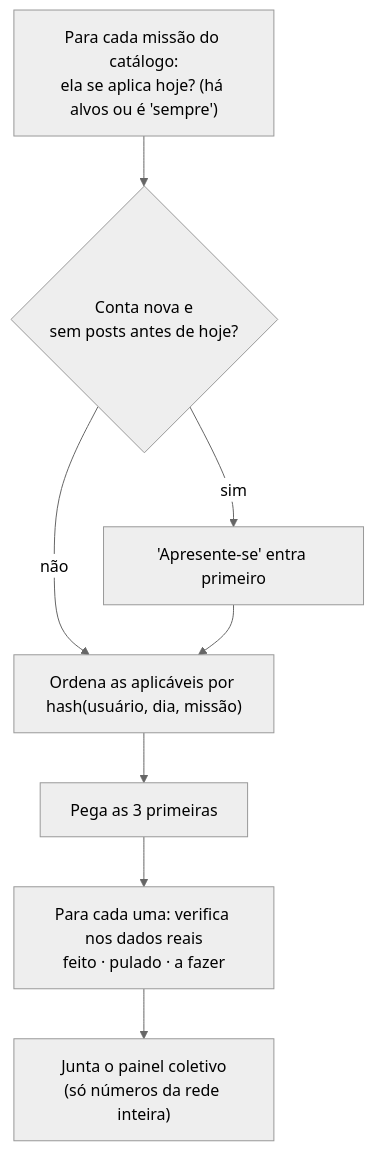
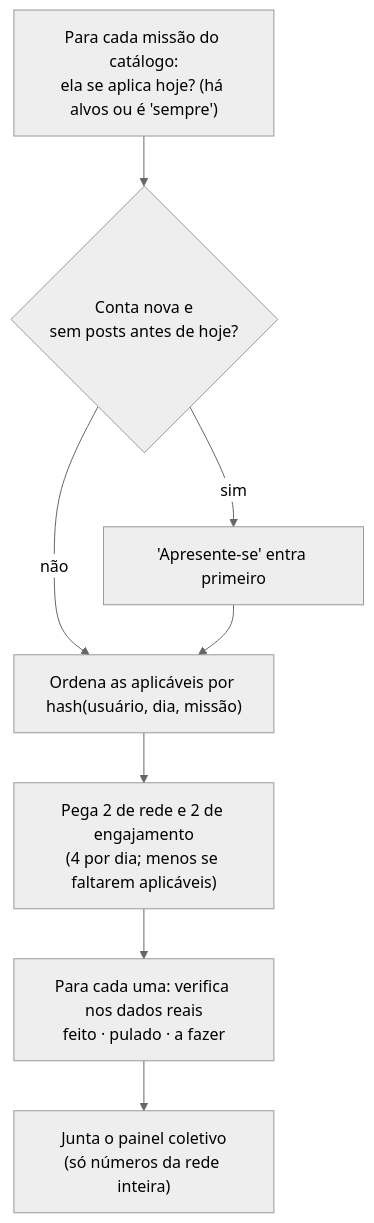
Before and after one commit to Spacecoa/NEWCOIN-BRASILPROJECT: the diagram in docs/08-missoes-organizacao-popular.md, drawn with Mermaid (neutral theme). The commit also changed other lines of this file and 15 other files, not shown here.

````diff
--- a/docs/08-missoes-organizacao-popular.md
+++ b/docs/08-missoes-organizacao-popular.md
@@ -49,10 +49,10 @@
 ```mermaid
 flowchart TD
   A["Para cada missão do catálogo:<br/>ela se aplica hoje? (há alvos ou é 'sempre')"] --> B{"Conta nova e<br/>sem posts antes de hoje?"}
   B -- sim --> C["'Apresente-se' entra primeiro"]
   B -- não --> D["Ordena as aplicáveis por hash(usuário, dia, missão)"]
   C --> D
-  D --> E["Pega as 3 primeiras"]
+  D --> E["Pega 2 de rede e 2 de engajamento<br/>(4 por dia; menos se faltarem aplicáveis)"]
   E --> F["Para cada uma: verifica nos dados reais<br/>feito · pulado · a fazer"]
   F --> G["Junta o painel coletivo<br/>(só números da rede inteira)"]
 ```
````
